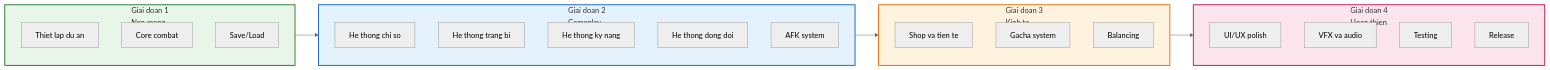
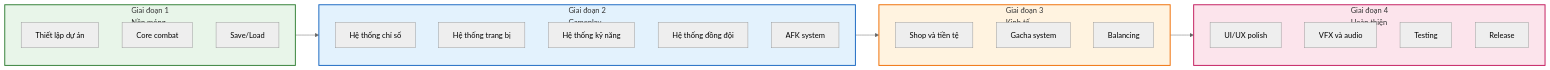
One commit to luantran-working/idlegame-designdocs changed the fourth of 4 diagrams in docs/ke-hoach-tong-the.md. Above: the diagram before and after it, drawn with Mermaid (neutral theme). The commit also changed other lines of this file and 16 other files, not shown here.

Commit message:
feat: Introduce extensive game design documentation covering game systems, UI, and roadmap, and enable Mermaid diagram support in Docusaurus.

````diff
--- a/docs/ke-hoach-tong-the.md
+++ b/docs/ke-hoach-tong-the.md
@@ -225,36 +225,36 @@
 ```mermaid
 flowchart LR
-    subgraph Phase1["Giai doan 1<br/>Nen mong"]
-        A1["Thiet lap du an"]
+    subgraph Phase1["Giai đoạn 1<br/>Nền móng"]
+        A1["Thiết lập dự án"]
         A2["Core combat"]
         A3["Save/Load"]
     end
 
-    subgraph Phase2["Giai doan 2<br/>Gameplay"]
-        B1["He thong chi so"]
-        B2["He thong trang bi"]
-        B3["He thong ky nang"]
-        B4["He thong dong doi"]
+    subgraph Phase2["Giai đoạn 2<br/>Gameplay"]
+        B1["Hệ thống chỉ số"]
+        B2["Hệ thống trang bị"]
+        B3["Hệ thống kỹ năng"]
+        B4["Hệ thống đồng đội"]
         B5["AFK system"]
     end
 
-    subgraph Phase3["Giai doan 3<br/>Kinh te"]
-        C1["Shop va tien te"]
+    subgraph Phase3["Giai đoạn 3<br/>Kinh tế"]
+        C1["Shop và tiền tệ"]
         C2["Gacha system"]
         C3["Balancing"]
     end
 
-    subgraph Phase4["Giai doan 4<br/>Hoan thien"]
+    subgraph Phase4["Giai đoạn 4<br/>Hoàn thiện"]
         D1["UI/UX polish"]
-        D2["VFX va audio"]
+        D2["VFX và audio"]
         D3["Testing"]
         D4["Release"]
     end
 
     Phase1 --> Phase2 --> Phase3 --> Phase4
 
     style Phase1 fill:#e8f5e9,stroke:#2e7d32,stroke-width:2px
     style Phase2 fill:#e3f2fd,stroke:#1565c0,stroke-width:2px
     style Phase3 fill:#fff3e0,stroke:#ef6c00,stroke-width:2px
     style Phase4 fill:#fce4ec,stroke:#c2185b,stroke-width:2px
 ```
````
